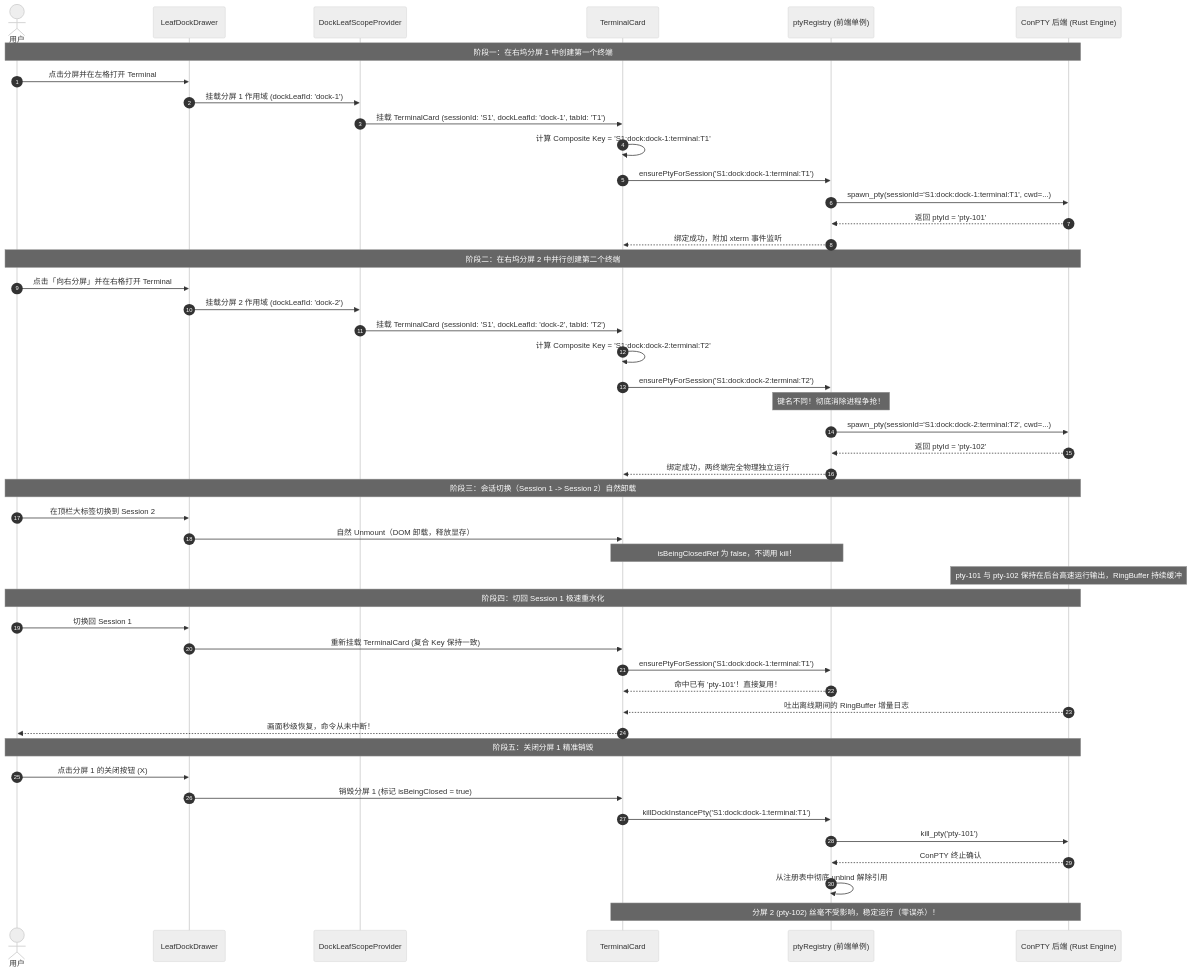
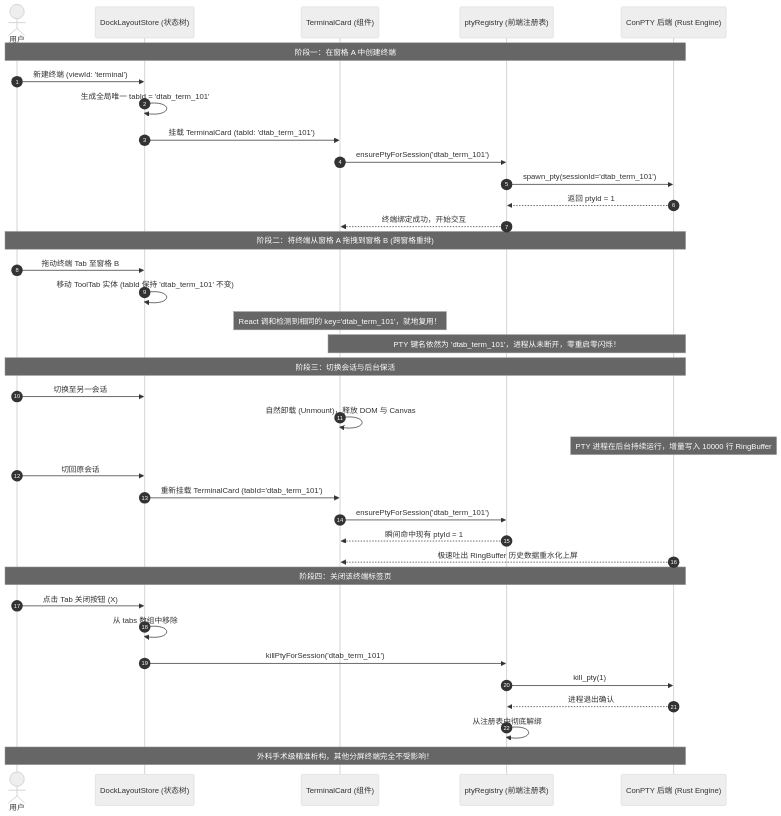
The second of 3 diagrams in docs/dock-split-system/analysis/05-多窗格运行时与资源生命周期.md (atobelix/crish), drawn with Mermaid (neutral theme) before and after one commit. The commit also changed other lines of this file and 98 other files, not shown here.

First line of the commit message:
feat(dock): land split dock topology, multi-pane runtime and standalone terminal [BATCH-DOCK-SPLIT]

````diff
--- a/docs/dock-split-system/analysis/05-多窗格运行时与资源生命周期.md
+++ b/docs/dock-split-system/analysis/05-多窗格运行时与资源生命周期.md
@@ -752,54 +553,43 @@
 ```mermaid
 sequenceDiagram
     autonumber
     actor User as 用户
-    participant DockUI as LeafDockDrawer
-    participant Provider as DockLeafScopeProvider
-    participant Term as TerminalCard
-    participant Reg as ptyRegistry (前端单例)
+    participant DockTree as DockLayoutStore (状态树)
+    participant TermUI as TerminalCard (组件)
+    participant PtyReg as ptyRegistry (前端注册表)
     participant Rust as ConPTY 后端 (Rust Engine)
 
-    Note over User,Rust: 阶段一：在右坞分屏 1 中创建第一个终端
-    User->>DockUI: 点击分屏并在左格打开 Terminal
-    DockUI->>Provider: 挂载分屏 1 作用域 (dockLeafId: 'dock-1')
-    Provider->>Term: 挂载 TerminalCard (sessionId: 'S1', dockLeafId: 'dock-1', tabId: 'T1')
-    Term->>Term: 计算 Composite Key = 'S1:dock:dock-1:terminal:T1'
-    Term->>Reg: ensurePtyForSession('S1:dock:dock-1:terminal:T1')
-    Reg->>Rust: spawn_pty(sessionId='S1:dock:dock-1:terminal:T1', cwd=...)
-    Rust-->>Reg: 返回 ptyId = 'pty-101'
-    Reg-->>Term: 绑定成功，附加 xterm 事件监听
+    Note over User,Rust: 阶段一：在窗格 A 中创建终端
+    User->>DockTree: 新建终端 (viewId: 'terminal')
+    DockTree->>DockTree: 生成全局唯一 tabId = 'dtab_term_101'
+    DockTree->>TermUI: 挂载 TerminalCard (tabId: 'dtab_term_101')
+    TermUI->>PtyReg: ensurePtyForSession('dtab_term_101')
+    PtyReg->>Rust: spawn_pty(sessionId='dtab_term_101')
+    Rust-->>PtyReg: 返回 ptyId = 1
+    PtyReg-->>TermUI: 终端绑定成功，开始交互
 
-    Note over User,Rust: 阶段二：在右坞分屏 2 中并行创建第二个终端
-    User->>DockUI: 点击「向右分屏」并在右格打开 Terminal
-    DockUI->>Provider: 挂载分屏 2 作用域 (dockLeafId: 'dock-2')
-    Provider->>Term: 挂载 TerminalCard (sessionId: 'S1', dockLeafId: 'dock-2', tabId: 'T2')
-    Term->>Term: 计算 Composite Key = 'S1:dock:dock-2:terminal:T2'
-    Term->>Reg: ensurePtyForSession('S1:dock:dock-2:terminal:T2')
-    Note over Reg: 键名不同！彻底消除进程争抢！
-    Reg->>Rust: spawn_pty(sessionId='S1:dock:dock-2:terminal:T2', cwd=...)
-    Rust-->>Reg: 返回 ptyId = 'pty-102'
-    Reg-->>Term: 绑定成功，两终端完全物理独立运行
+    Note over User,Rust: 阶段二：将终端从窗格 A 拖拽到窗格 B (跨窗格重排)
+    User->>DockTree: 拖动终端 Tab 至窗格 B
+    DockTree->>DockTree: 移动 ToolTab 实体 (tabId 保持 'dtab_term_101' 不变)
+    Note over TermUI: React 调和检测到相同的 key='dtab_term_101'，就地复用！
+    Note over TermUI,Rust: PTY 键名依然为 'dtab_term_101'，进程从未断开，零重启零闪烁！
 
-    Note over User,Rust: 阶段三：会话切换（Session 1 -> Session 2）自然卸载
-    User->>DockUI: 在顶栏大标签切换到 Session 2
-    DockUI->>Term: 自然 Unmount（DOM 卸载，释放显存）
-    Note over Term,Reg: isBeingClosedRef 为 false，不调用 kill！
-    Note over Rust: pty-101 与 pty-102 保持在后台高速运行输出，RingBuffer 持续缓冲
+    Note over User,Rust: 阶段三：切换会话与后台保活
+    User->>DockTree: 切换至另一会话
+    TermUI->>TermUI: 自然卸载 (Unmount)，释放 DOM 与 Canvas
+    Note over Rust: PTY 进程在后台持续运行，增量写入 10000 行 RingBuffer
+    User->>DockTree: 切回原会话
+    DockTree->>TermUI: 重新挂载 TerminalCard (tabId='dtab_term_101')
+    TermUI->>PtyReg: ensurePtyForSession('dtab_term_101')
+    PtyReg-->>TermUI: 瞬间命中现有 ptyId = 1
+    Rust-->>TermUI: 极速吐出 RingBuffer 历史数据重水化上屏
 
-    Note over User,Rust: 阶段四：切回 Session 1 极速重水化
-    User->>DockUI: 切换回 Session 1
-    DockUI->>Term: 重新挂载 TerminalCard (复合 Key 保持一致)
-    Term->>Reg: ensurePtyForSession('S1:dock:dock-1:terminal:T1')
-    Reg-->>Term: 命中已有 'pty-101'！直接复用！
-    Rust-->>Term: 吐出离线期间的 RingBuffer 增量日志
-    Term-->>User: 画面秒级恢复，命令从未中断！
-
-    Note over User,Rust: 阶段五：关闭分屏 1 精准销毁
-    User->>DockUI: 点击分屏 1 的关闭按钮 (X)
-    DockUI->>Term: 销毁分屏 1 (标记 isBeingClosed = true)
-    Term->>Reg: killDockInstancePty('S1:dock:dock-1:terminal:T1')
-    Reg->>Rust: kill_pty('pty-101')
-    Rust-->>Reg: ConPTY 终止确认
-    Reg->>Reg: 从注册表中彻底 unbind 解除引用
-    Note over Term,Rust: 分屏 2 (pty-102) 丝毫不受影响，稳定运行（零误杀）！
+    Note over User,Rust: 阶段四：关闭该终端标签页
+    User->>DockTree: 点击 Tab 关闭按钮 (X)
+    DockTree->>DockTree: 从 tabs 数组中移除
+    DockTree->>PtyReg: killPtyForSession('dtab_term_101')
+    PtyReg->>Rust: kill_pty(1)
+    Rust-->>PtyReg: 进程退出确认
+    PtyReg->>PtyReg: 从注册表中彻底解绑
+    Note over User,Rust: 外科手术级精准析构，其他分屏终端完全不受影响！
 ```
````
